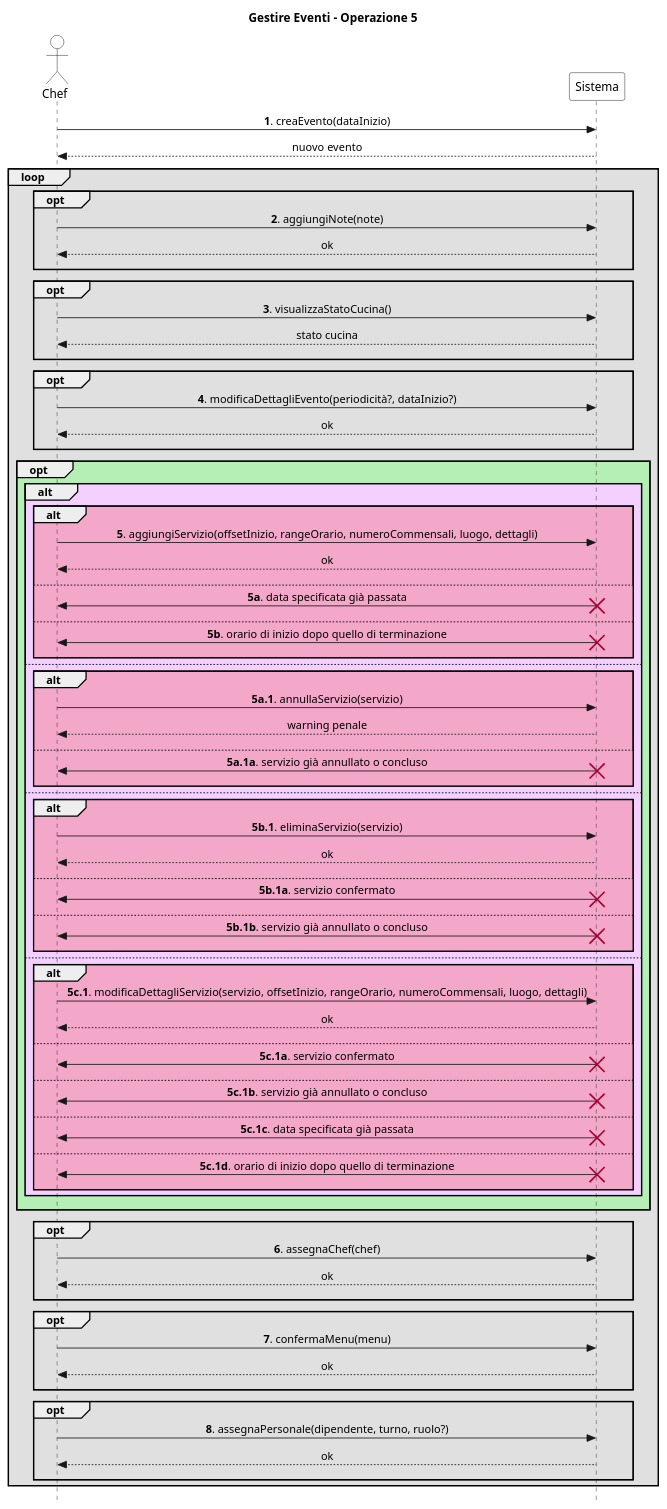
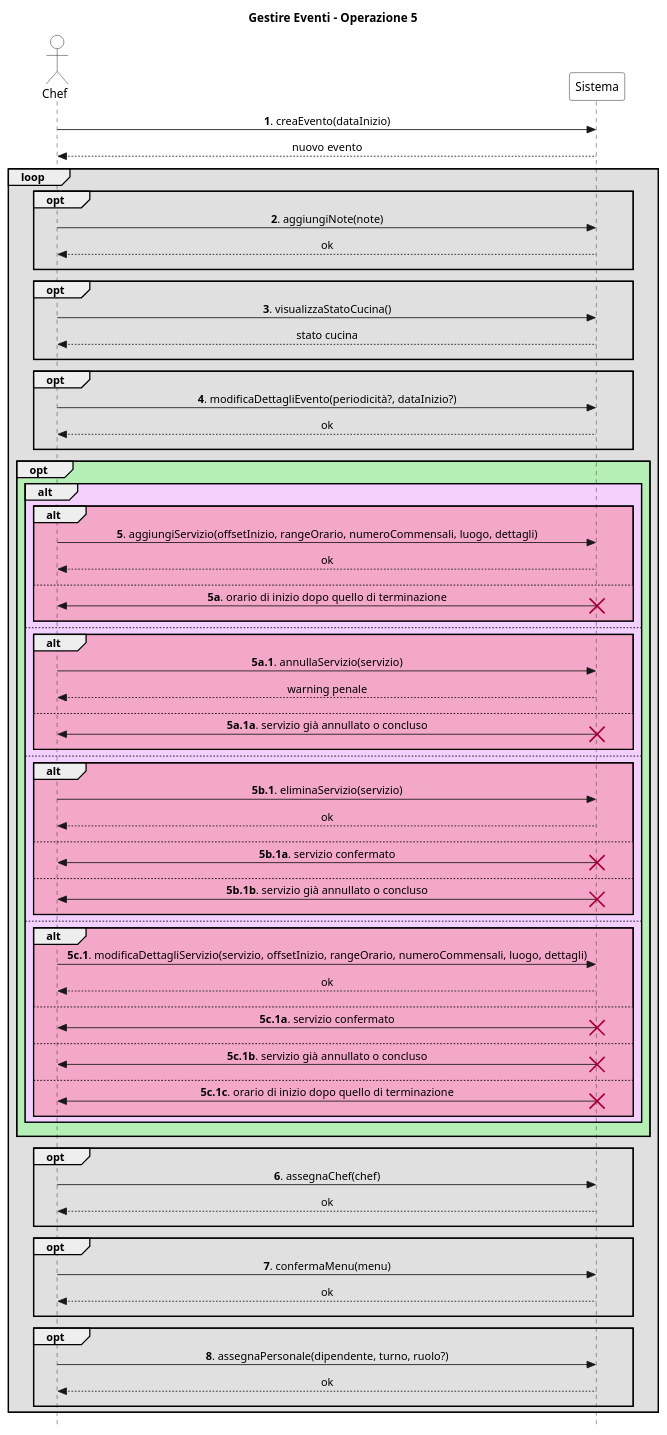
Before and after one commit to stefa168/sas-project: the diagram in UP/Requisiti/UC Gestire Eventi/SSD/Estensioni-Eccezioni Op5.puml, drawn with PlantUML.

Commit message:
Rimosse due eccezioni non più necessarie

```diff
--- a/UP/Requisiti/UC Gestire Eventi/SSD/Estensioni-Eccezioni Op5.puml
+++ b/UP/Requisiti/UC Gestire Eventi/SSD/Estensioni-Eccezioni Op5.puml
@@ -1,122 +1,114 @@
 @startuml
 skinparam Style strictuml
 skinparam SequenceMessageAlign center
 
 skinparam sequence {
     ActorBorderColor Black
     ActorBackgroundColor White
     ParticipantBorderColor Black
     ParticipantBackgroundColor White
 }
 
 actor Chef
 participant Sistema
 
 title Gestire Eventi - Operazione 5
 
 Chef -> Sistema: **1**. creaEvento(dataInizio)
 return nuovo evento
 
 loop #e0e0e0
     opt #e0e0e0
         Chef -> Sistema: **2**. aggiungiNote(note)
         return ok
         ||10||
     end
 
     opt #e0e0e0
         Chef -> Sistema: **3**. visualizzaStatoCucina()
         return stato cucina
         ||10||
     end
 
     opt #e0e0e0
         Chef -> Sistema: **4**. modificaDettagliEvento(periodicità?, dataInizio?)
         return ok
         ||10||
     end
 
     opt #b6efb6
         alt #f3d0ff
             alt #f3a7c9
                 Chef -> Sistema: **5**. aggiungiServizio(offsetInizio, rangeOrario, numeroCommensali, luogo, dettagli)
                 return ok
                 ||10||
             else
-                Chef <- Sistema: **5a**. data specificata già passata
-                destroy Sistema
-                ||10||
-            else
-                Chef <- Sistema: **5b**. orario di inizio dopo quello di terminazione
+                Chef <- Sistema: **5a**. orario di inizio dopo quello di terminazione
                 destroy Sistema
                 ||10||
             end
         else
             alt #f3a7c9
                 Chef -> Sistema: **5a.1**. annullaServizio(servizio)
                 return warning penale
                 ||10||
             else
                 Chef <- Sistema: **5a.1a**. servizio già annullato o concluso
                 destroy Sistema
                 ||10||
             end
         else
             alt #f3a7c9
                 Chef -> Sistema: **5b.1**. eliminaServizio(servizio)
                 return ok
                 ||10||
             else
                 Chef <- Sistema: **5b.1a**. servizio confermato
                 destroy Sistema
                 ||10||
             else
                 Chef <- Sistema: **5b.1b**. servizio già annullato o concluso
                 destroy Sistema
                 ||10||
             end
         else
             alt #f3a7c9
                 Chef -> Sistema: **5c.1**. modificaDettagliServizio(servizio, offsetInizio, rangeOrario, numeroCommensali, luogo, dettagli)
                 return ok
                 ||10||
             else
                 Chef <- Sistema: **5c.1a**. servizio confermato
                 destroy Sistema
                 ||10||
             else
                 Chef <- Sistema: **5c.1b**. servizio già annullato o concluso
                 destroy Sistema
                 ||10||
             else
-                Chef <- Sistema: **5c.1c**. data specificata già passata
-                destroy Sistema
-                ||10||
-            else
-                Chef <- Sistema: **5c.1d**. orario di inizio dopo quello di terminazione
+                Chef <- Sistema: **5c.1c**. orario di inizio dopo quello di terminazione
                 destroy Sistema
                 ||10||
             end
         end
         ||10||
     end
 
     opt #e0e0e0
         Chef -> Sistema: **6**. assegnaChef(chef)
         return ok
         ||10||
     end
 
     opt #e0e0e0
         Chef -> Sistema: **7**. confermaMenu(menu)
         return ok
         ||10||
     end
 
     opt #e0e0e0
         Chef -> Sistema: **8**. assegnaPersonale(dipendente, turno, ruolo?)
         return ok
         ||10||
     end
 end
 @enduml
```
